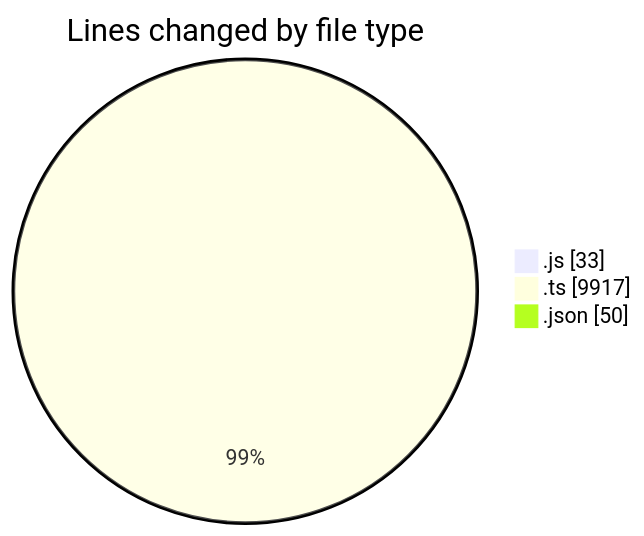
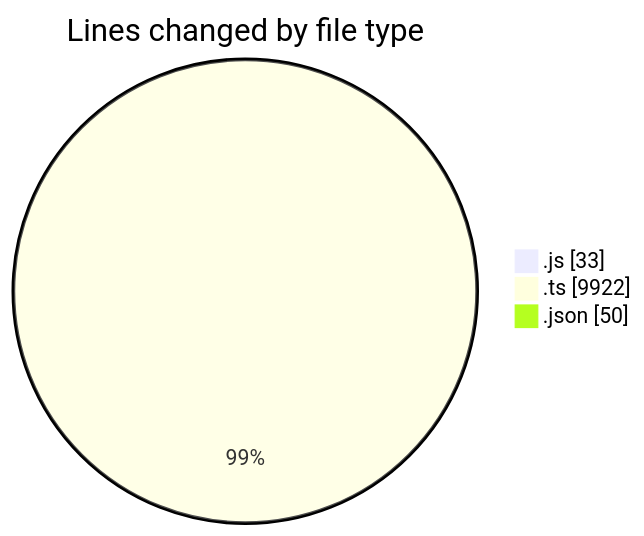
One commit to momahboobian/code-tracking changed the first of 2 diagrams in 2025-09-08/cda/README.md. Above: the diagram before and after it, drawn with Mermaid. The commit also changed other lines of this file and 1 other file, not shown here.

````diff
--- a/2025-09-08/cda/README.md
+++ b/2025-09-08/cda/README.md
@@ -25,7 +25,7 @@
 ```mermaid
 pie showData
 title Lines changed by file type
 ".js" : 33
-".ts" : 9917
+".ts" : 9922
 ".json" : 50
 ```
````
